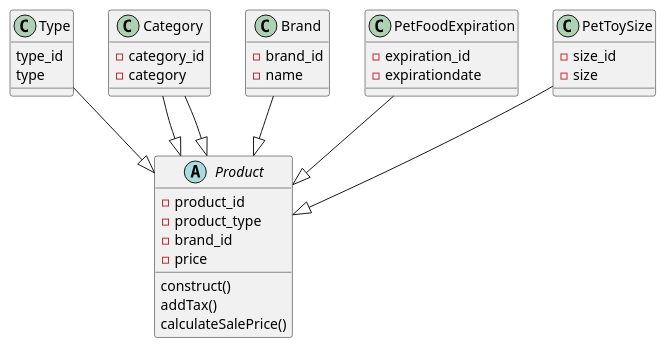
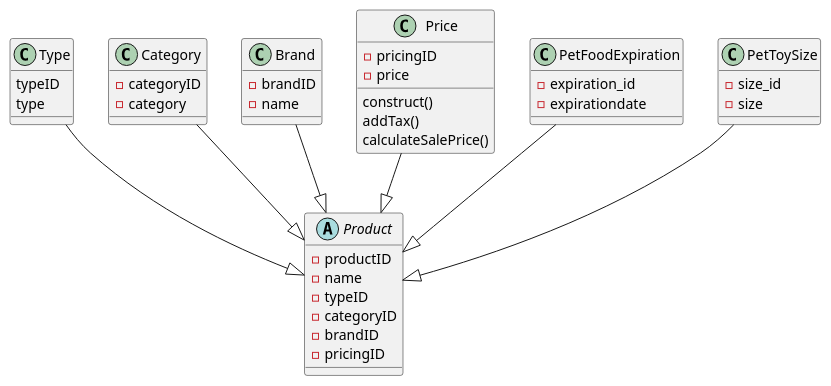
One commit to aysegulaksu/block3-adv-web changed the diagram in assignments/project01/tables.puml. Above: the diagram before and after it, drawn with PlantUML. The commit also changed 9 other files, not shown here.

```diff
--- a/assignments/project01/tables.puml
+++ b/assignments/project01/tables.puml
@@ -2,44 +2,50 @@
 @startuml
 Type --|> Product
 Category --|> Product
 Brand --|> Product
-Category --|> Product
+ Price --|> Product 
 PetFoodExpiration --|> Product
 PetToySize --|> Product
 
 abstract class Product {
-  -product_id
-  -product_type
-  -brand_id
+  -productID
+  -name
+  -typeID
+  -categoryID
+  -brandID
+  -pricingID
+}
+
+class Type {
+  typeID
+  type
+}
+
+class Category {
+  -categoryID
+  -category
+}
+
+class Brand {
+  -brandID
+  -name
+}
+class Price {
+  -pricingID
   -price
   construct()
   addTax()
   calculateSalePrice()
-}
-
-class Type {
-  type_id
-  type
-}
-
-class Category {
-  -category_id
-  -category
-}
-
-class Brand {
-  -brand_id
-  -name
-}
+  }
 
 class PetFoodExpiration {
   -expiration_id
   -expirationdate
 }
 
 class PetToySize {
   -size_id
   -size
 }
 
 @enduml
```
